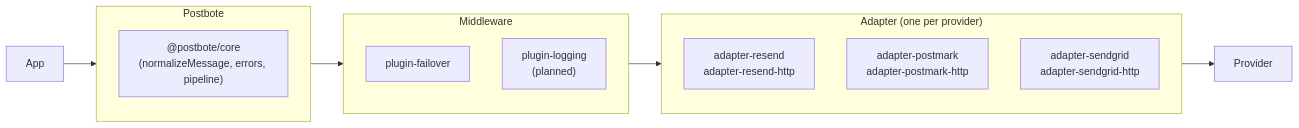
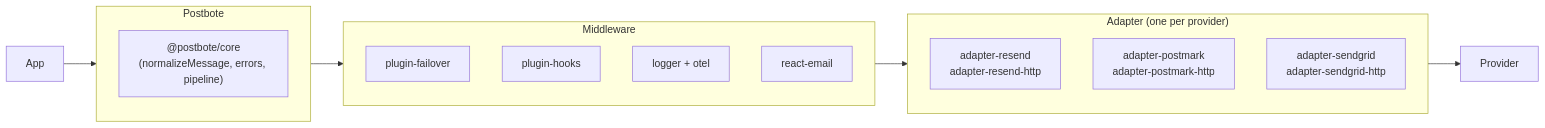
Before and after one commit to iduuck/postbote: the diagram in README.md, drawn with Mermaid. The commit also changed other lines of this file and 81 other files, not shown here.

````diff
--- a/README.md
+++ b/README.md
@@ -38,22 +43,24 @@
 ```mermaid
 graph LR
     App --> Postbote
     Postbote --> Middleware
     Middleware --> Adapter
     Adapter --> Provider
 
     subgraph Postbote
         Core["@postbote/core<br/>(normalizeMessage, errors, pipeline)"]
     end
 
     subgraph Middleware
         Failover["plugin-failover"]
-        Logging["plugin-logging<br/>(planned)"]
+        Hooks["plugin-hooks"]
+        Observability["logger + otel"]
+        Rendering["react-email"]
     end
 
     subgraph Adapter["Adapter (one per provider)"]
         Resend["adapter-resend<br/>adapter-resend-http"]
         Postmark["adapter-postmark<br/>adapter-postmark-http"]
         SendGrid["adapter-sendgrid<br/>adapter-sendgrid-http"]
     end
 ```
````
